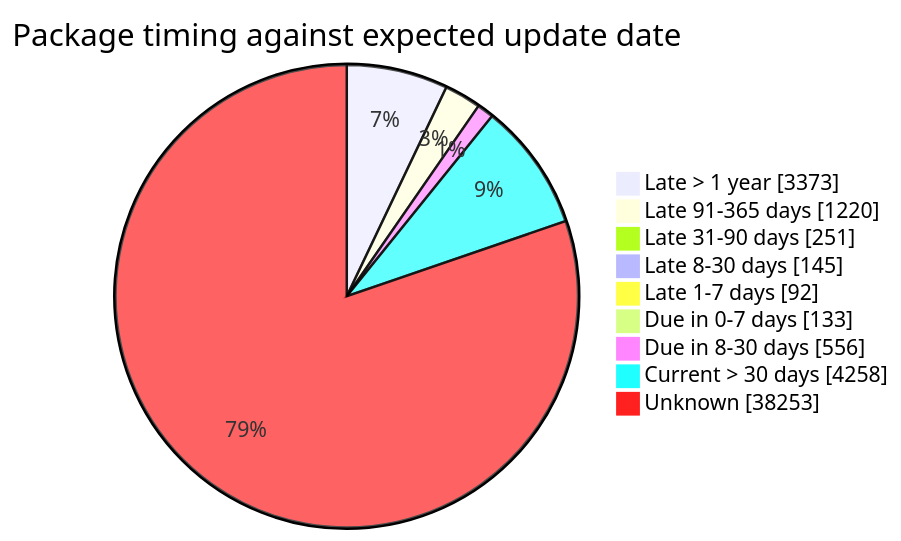
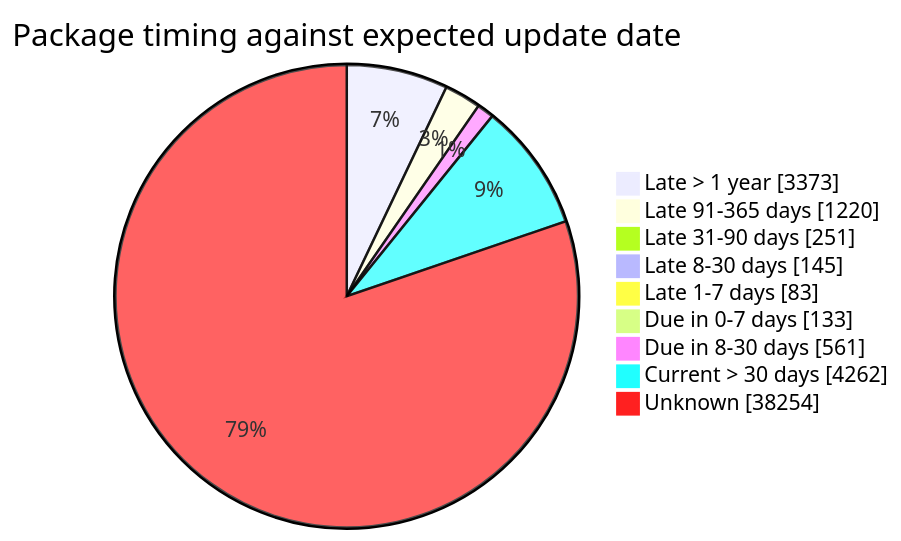
Before and after one commit to open-data/analytics-corporate-reporting: the fourth of 5 diagrams in FreshCheck/README.md, drawn with Mermaid. The commit also changed other lines of this file and 3 other files, not shown here.

````diff
--- a/FreshCheck/README.md
+++ b/FreshCheck/README.md
@@ -86,12 +86,12 @@
 ```mermaid
 pie showData title Package timing against expected update date
     "Late > 1 year": 3373
     "Late 91-365 days": 1220
     "Late 31-90 days": 251
     "Late 8-30 days": 145
-    "Late 1-7 days": 92
+    "Late 1-7 days": 83
     "Due in 0-7 days": 133
-    "Due in 8-30 days": 556
-    "Current > 30 days": 4258
-    "Unknown": 38253
+    "Due in 8-30 days": 561
+    "Current > 30 days": 4262
+    "Unknown": 38254
 ```
````
